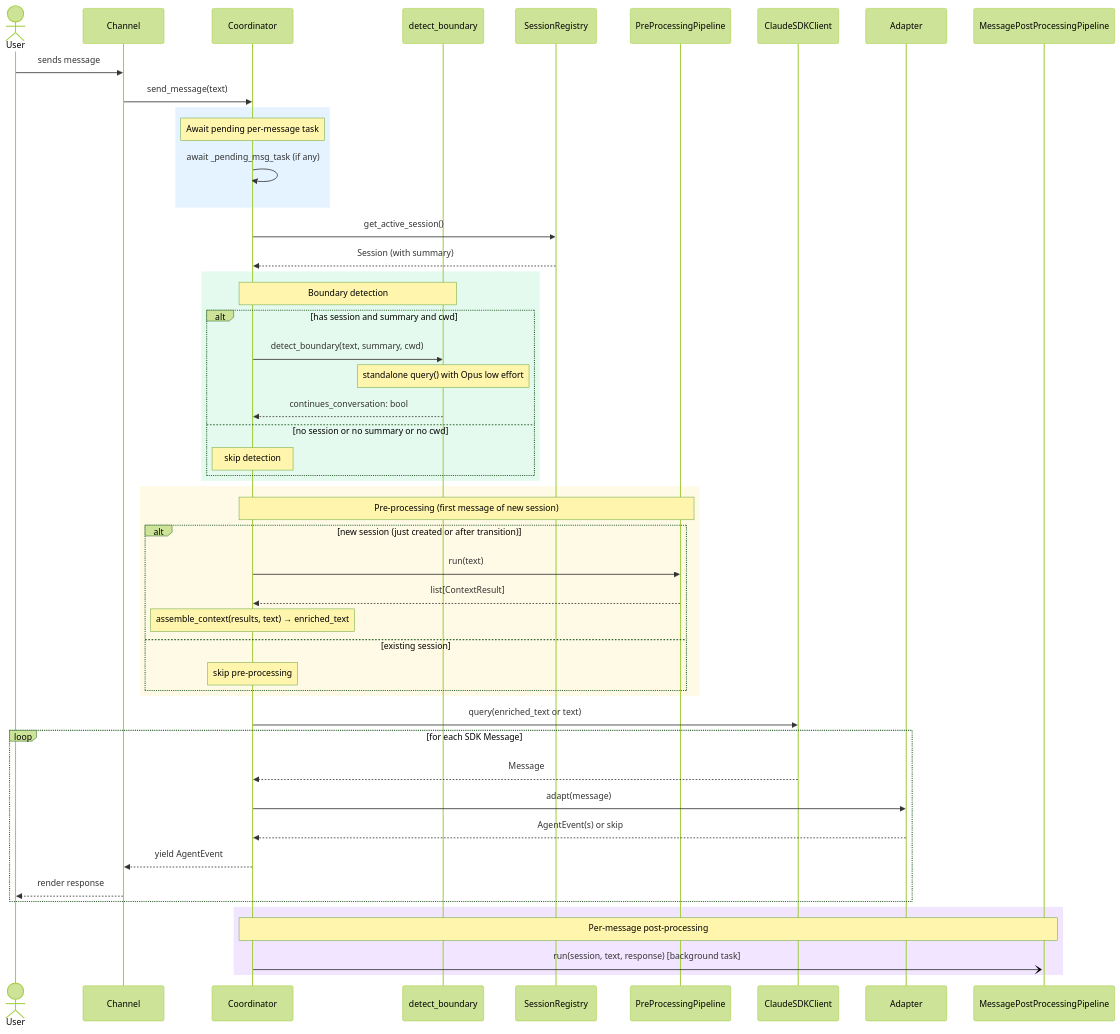
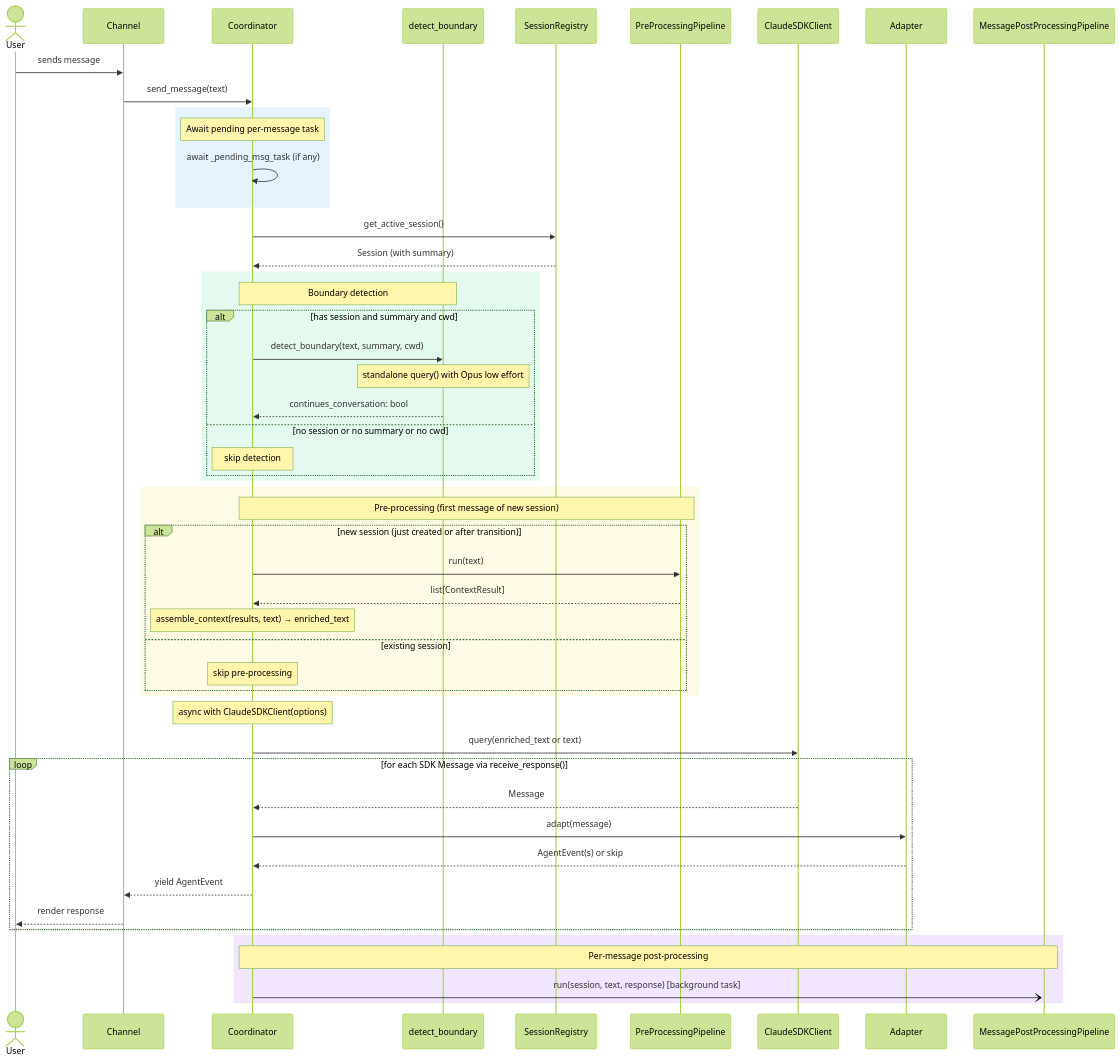
The first of 2 diagrams in docs/feature-designs/agent/core-architecture.md (asermax/tachikoma), drawn with Mermaid (forest theme) before and after one commit. The commit also changed other lines of this file and 12 other files, not shown here.

````diff
--- a/docs/feature-designs/agent/core-architecture.md
+++ b/docs/feature-designs/agent/core-architecture.md
@@ -83,59 +83,60 @@
 ```mermaid
 sequenceDiagram
     actor User
     participant Channel
     participant Coord as Coordinator
     participant Detector as detect_boundary
     participant Registry as SessionRegistry
     participant PrePipeline as PreProcessingPipeline
     participant SDK as ClaudeSDKClient
     participant Adapter
     participant MsgPipeline as MessagePostProcessingPipeline
 
     User->>Channel: sends message
     Channel->>Coord: send_message(text)
 
     rect rgba(0, 128, 255, 0.1)
         Note over Coord: Await pending per-message task
         Coord->>Coord: await _pending_msg_task (if any)
     end
 
     Coord->>Registry: get_active_session()
     Registry-->>Coord: Session (with summary)
 
     rect rgba(0, 200, 100, 0.1)
         Note over Coord,Detector: Boundary detection
         alt has session and summary and cwd
             Coord->>Detector: detect_boundary(text, summary, cwd)
             Note over Detector: standalone query() with Opus low effort
             Detector-->>Coord: continues_conversation: bool
         else no session or no summary or no cwd
             Note over Coord: skip detection
         end
     end
 
     rect rgba(255, 200, 0, 0.1)
         Note over Coord,PrePipeline: Pre-processing (first message of new session)
         alt new session (just created or after transition)
             Coord->>PrePipeline: run(text)
             PrePipeline-->>Coord: list[ContextResult]
             Note over Coord: assemble_context(results, text) → enriched_text
         else existing session
             Note over Coord: skip pre-processing
         end
     end
 
+    Note over Coord: async with ClaudeSDKClient(options)
     Coord->>SDK: query(enriched_text or text)
-    loop for each SDK Message
+    loop for each SDK Message via receive_response()
         SDK-->>Coord: Message
         Coord->>Adapter: adapt(message)
         Adapter-->>Coord: AgentEvent(s) or skip
         Coord-->>Channel: yield AgentEvent
         Channel-->>User: render response
     end
 
     rect rgba(128, 0, 255, 0.1)
         Note over Coord,MsgPipeline: Per-message post-processing
         Coord-)+MsgPipeline: run(session, text, response) [background task]
     end
 ```
````
